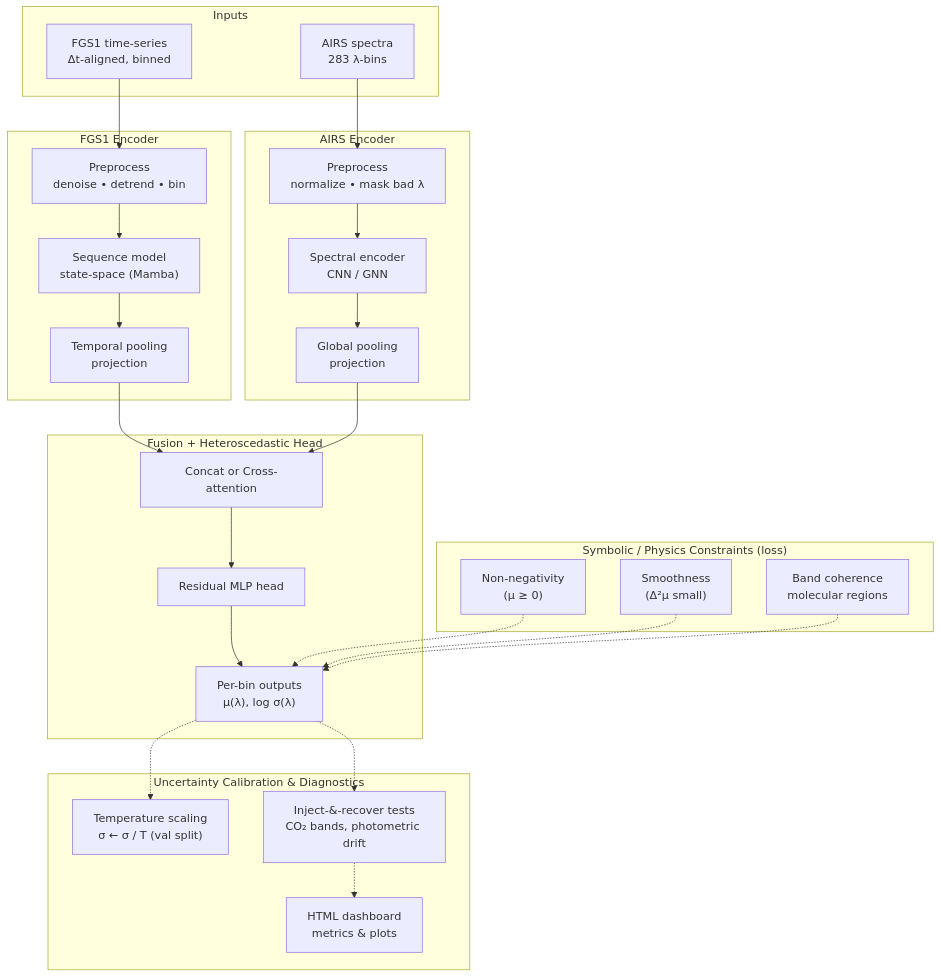
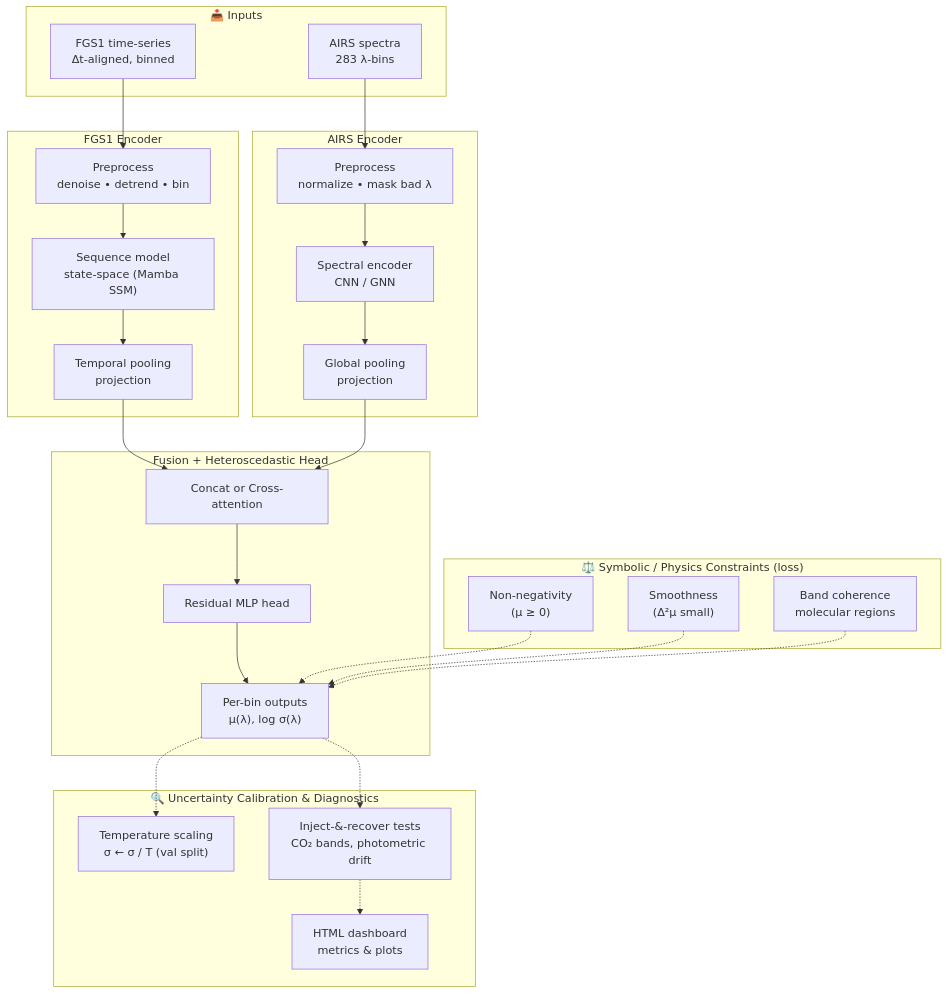
Before and after one commit to bartytime4life/SpectralMindV50: the diagram in docs/diagrams/model.mmd, drawn with Mermaid.

```diff
--- a/docs/diagrams/model.mmd
+++ b/docs/diagrams/model.mmd
@@ -1,69 +1,69 @@
 flowchart TB
 
   %% ===========================
   %% Inputs
   %% ===========================
-  subgraph inputs["Inputs"]
+  subgraph inputs["📥 Inputs"]
     i1["FGS1 time-series<br/>Δt-aligned, binned"]
     i2["AIRS spectra<br/>283 λ-bins"]
   end
 
   %% ===========================
   %% FGS1 branch
   %% ===========================
   subgraph fgs1Enc["FGS1 Encoder"]
     fe1["Preprocess<br/>denoise • detrend • bin"]
-    fe2["Sequence model<br/>state-space (Mamba)"]
+    fe2["Sequence model<br/>state-space (Mamba SSM)"]
     fe3["Temporal pooling<br/>projection"]
   end
 
   %% ===========================
   %% AIRS branch
   %% ===========================
   subgraph airsEnc["AIRS Encoder"]
     ae1["Preprocess<br/>normalize • mask bad λ"]
     ae2["Spectral encoder<br/>CNN / GNN"]
     ae3["Global pooling<br/>projection"]
   end
 
   %% ===========================
   %% Fusion + Decoder
   %% ===========================
   subgraph fusionDec["Fusion + Heteroscedastic Head"]
     f0["Concat or Cross-attention"]
     h1["Residual MLP head"]
     h2["Per-bin outputs<br/>μ(λ), log σ(λ)"]
   end
 
   %% ===========================
   %% Constraints (loss)
   %% ===========================
-  subgraph constraints["Symbolic / Physics Constraints (loss)"]
+  subgraph constraints["⚖️ Symbolic / Physics Constraints (loss)"]
     c1["Non-negativity<br/>(μ ≥ 0)"]
     c2["Smoothness<br/>(Δ²μ small)"]
     c3["Band coherence<br/>molecular regions"]
   end
 
   %% ===========================
   %% Uncertainty Calibration & Diagnostics
   %% ===========================
-  subgraph calibDiag["Uncertainty Calibration & Diagnostics"]
+  subgraph calibDiag["🔍 Uncertainty Calibration & Diagnostics"]
     t1["Temperature scaling<br/>σ ← σ / T (val split)"]
     d1["Inject-&-recover tests<br/>CO₂ bands, photometric drift"]
     d2["HTML dashboard<br/>metrics & plots"]
   end
 
   %% Flows
   i1 --> fe1 --> fe2 --> fe3 --> f0
   i2 --> ae1 --> ae2 --> ae3 --> f0
   f0 --> h1 --> h2
 
   %% Loss hooks (dotted)
   c1 -.-> h2
   c2 -.-> h2
   c3 -.-> h2
 
   %% Calibration / Diagnostics hooks (dotted)
   h2 -.-> t1
   h2 -.-> d1
   d1 -.-> d2
```
